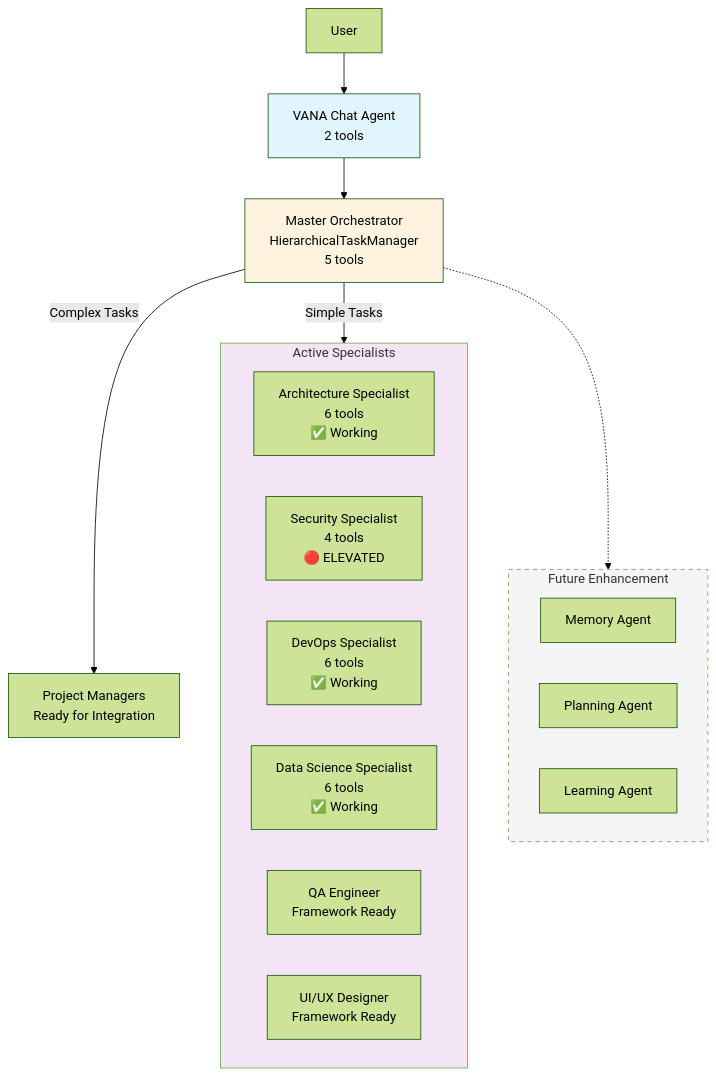
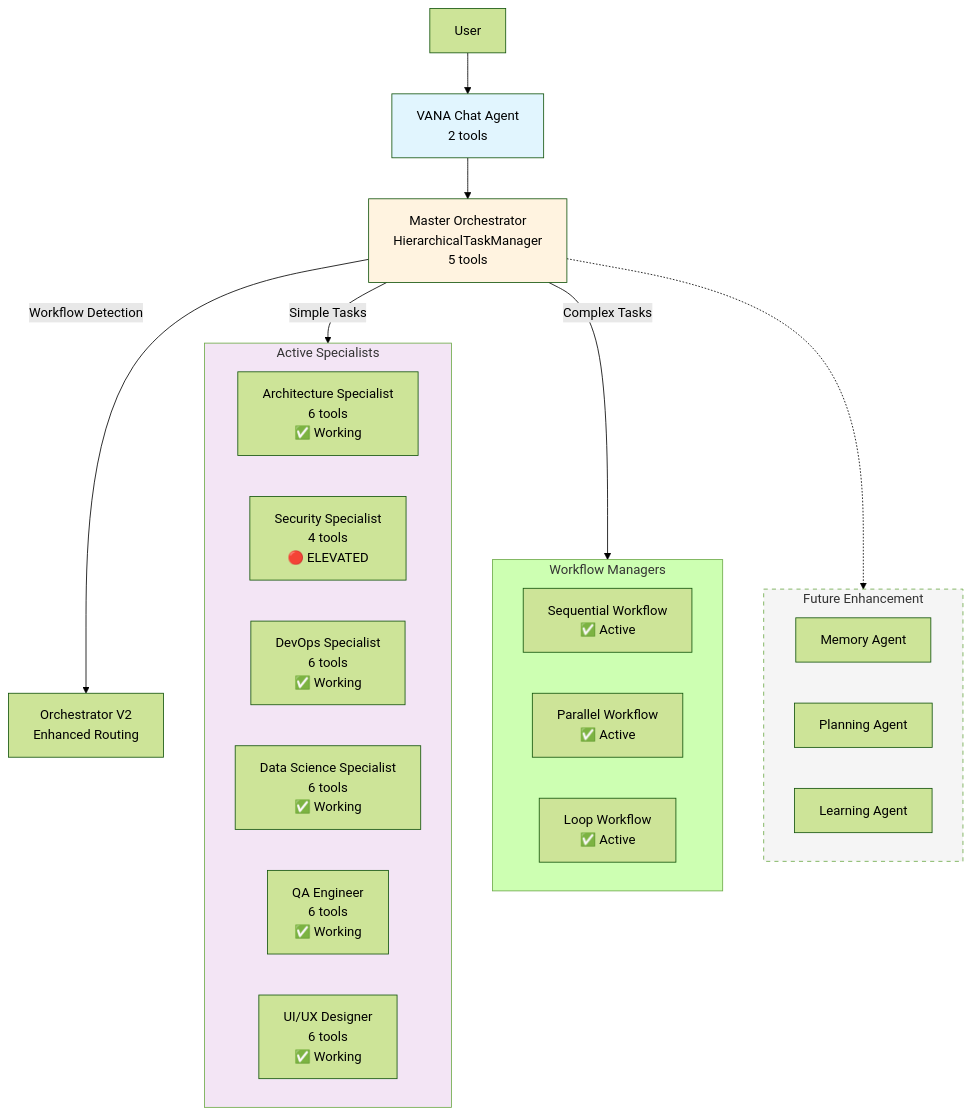
One commit to NickB03/vana changed the first of 3 diagrams in README.md. Above: the diagram before and after it, drawn with Mermaid (forest theme). The commit also changed other lines of this file and 3 other files, not shown here.

````diff
--- a/README.md
+++ b/README.md
@@ -193,30 +197,37 @@
 ```mermaid
 graph TD
     User[User] --> VANA[VANA Chat Agent<br/>2 tools]
     VANA --> MO[Master Orchestrator<br/>HierarchicalTaskManager<br/>5 tools]
     
     MO --> |Simple Tasks| Specialists
-    MO --> |Complex Tasks| PM[Project Managers<br/>Ready for Integration]
+    MO --> |Complex Tasks| Workflows
+    MO --> |Workflow Detection| OV2[Orchestrator V2<br/>Enhanced Routing]
+    
+    subgraph Workflows[Workflow Managers]
+        SEQ[Sequential Workflow<br/>✅ Active]
+        PAR[Parallel Workflow<br/>✅ Active]
+        LOOP[Loop Workflow<br/>✅ Active]
+    end
     
     subgraph Specialists[Active Specialists]
         ARCH[Architecture Specialist<br/>6 tools<br/>✅ Working]
         SEC[Security Specialist<br/>4 tools<br/>🔴 ELEVATED]
         DO[DevOps Specialist<br/>6 tools<br/>✅ Working]
         DS[Data Science Specialist<br/>6 tools<br/>✅ Working]
-        QA[QA Engineer<br/>Framework Ready]
-        UI[UI/UX Designer<br/>Framework Ready]
+        QA[QA Engineer<br/>6 tools<br/>✅ Working]
+        UI[UI/UX Designer<br/>6 tools<br/>✅ Working]
     end
     
     subgraph Maintenance[Future Enhancement]
         MA[Memory Agent]
         PA[Planning Agent]
         LA[Learning Agent]
     end
     
     MO -.-> Maintenance
     
     style VANA fill:#e1f5fe
     style MO fill:#fff3e0
     style Specialists fill:#f3e5f5
     style Maintenance fill:#f5f5f5,stroke-dasharray: 5 5
 ```
````
